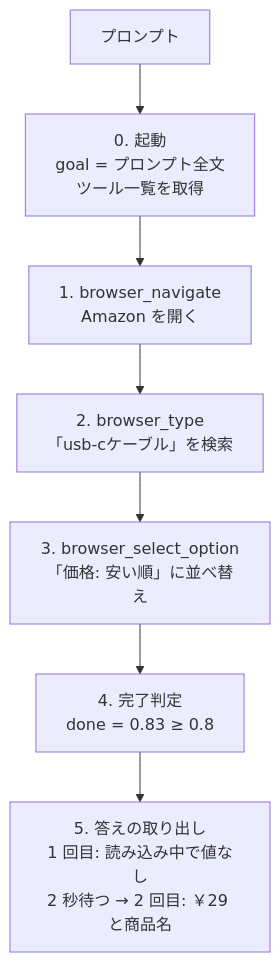
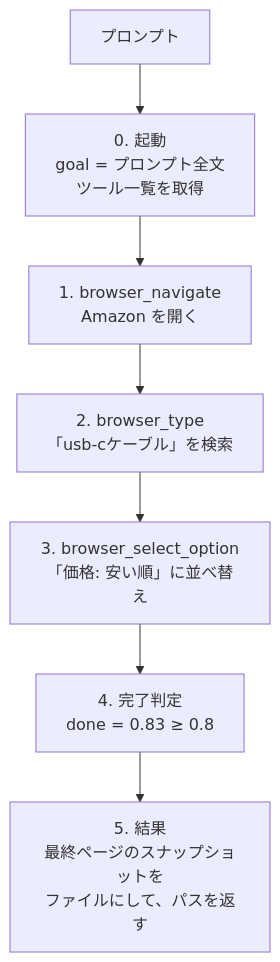
Before and after one commit to aRaikoFunakami/typesafe-auto-browsing: the diagram in docs/walkthrough-amazon-usbc.md, drawn with Mermaid. The commit also changed other lines of this file and 10 other files, not shown here.

````diff
--- a/docs/walkthrough-amazon-usbc.md
+++ b/docs/walkthrough-amazon-usbc.md
@@ -16,9 +16,9 @@
 ```mermaid
 flowchart TB
     P["プロンプト"] --> S0["0. 起動<br/>goal = プロンプト全文<br/>ツール一覧を取得"]
     S0 --> S1["1. browser_navigate<br/>Amazon を開く"]
     S1 --> S2["2. browser_type<br/>「usb-cケーブル」を検索"]
     S2 --> S3["3. browser_select_option<br/>「価格: 安い順」に並べ替え"]
     S3 --> S4["4. 完了判定<br/>done = 0.83 ≥ 0.8"]
-    S4 --> A["5. 答えの取り出し<br/>1 回目: 読み込み中で値なし<br/>2 秒待つ → 2 回目: ￥29 と商品名"]
+    S4 --> A["5. 結果<br/>最終ページのスナップショットを<br/>ファイルにして、パスを返す"]
 ```
````
